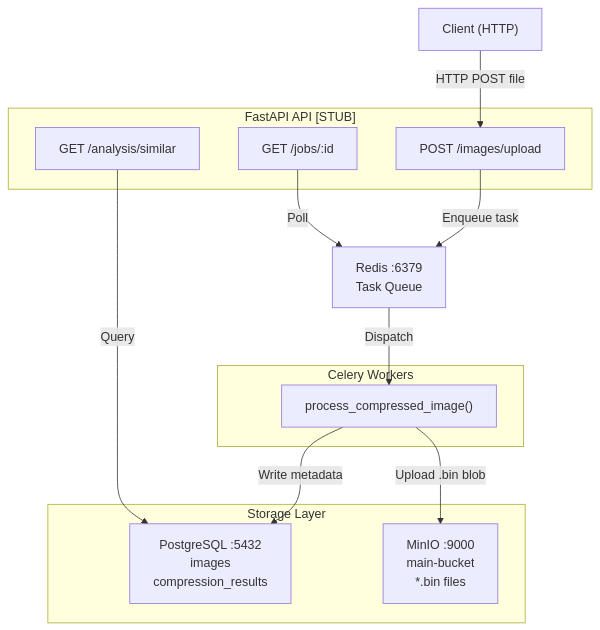
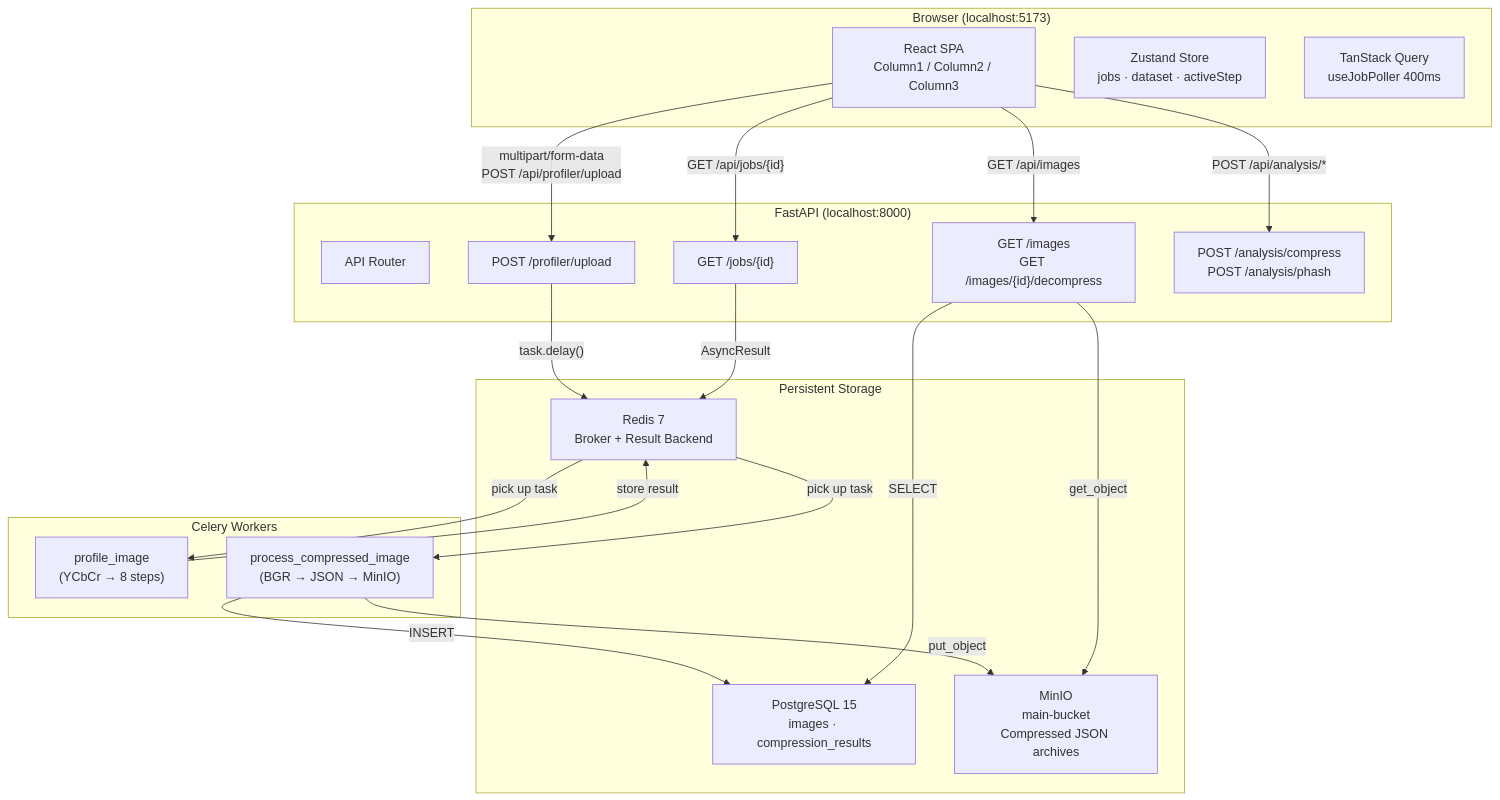
The second of 5 diagrams in README.md (Vikas-ai56/AlgoStore_DAA), drawn with Mermaid before and after one commit. The commit also changed other lines of this file and 3 other files, not shown here.

Commit message:
rewrite README to reflect new image compression profiler architecture and update backend to support multi-step task dispatching with Celery and MinIO storage

````diff
--- a/README.md
+++ b/README.md
@@ -1133,29 +974,44 @@
 ```mermaid
 graph TB
-    Client["Client (HTTP)"]
-
-    subgraph API["FastAPI API  [STUB]"]
-        Upload["POST /images/upload"]
-        JobStatus["GET /jobs/:id"]
-        Similar["GET /analysis/similar"]
+    subgraph Browser ["Browser (localhost:5173)"]
+        UI["React SPA\nColumn1 / Column2 / Column3"]
+        Zustand["Zustand Store\njobs · dataset · activeStep"]
+        TanStack["TanStack Query\nuseJobPoller 400ms"]
     end
 
-    subgraph Workers["Celery Workers"]
-        Task["process_compressed_image()"]
+    subgraph API ["FastAPI (localhost:8000)"]
+        Router["API Router"]
+        UploadRoute["POST /profiler/upload"]
+        JobsRoute["GET /jobs/{id}"]
+        ImagesRoute["GET /images\nGET /images/{id}/decompress"]
+        AnalysisRoute["POST /analysis/compress\nPOST /analysis/phash"]
     end
 
-    subgraph Storage["Storage Layer"]
-        PG["PostgreSQL :5432\nimages\ncompression_results"]
-        Minio["MinIO :9000\nmain-bucket\n*.bin files"]
+    subgraph Workers ["Celery Workers"]
+        ProfileTask["profile_image\n(YCbCr → 8 steps)"]
+        StorageTask["process_compressed_image\n(BGR → JSON → MinIO)"]
     end
 
-    Redis["Redis :6379\nTask Queue"]
+    subgraph Storage ["Persistent Storage"]
+        Redis["Redis 7\nBroker + Result Backend"]
+        Postgres["PostgreSQL 15\nimages · compression_results"]
+        MinIO["MinIO\nmain-bucket\nCompressed JSON archives"]
+    end
 
-    Client -->|HTTP POST file| Upload
-    Upload -->|Enqueue task| Redis
-    Redis -->|Dispatch| Task
-    Task -->|Write metadata| PG
-    Task -->|Upload .bin blob| Minio
-    JobStatus -->|Poll| Redis
-    Similar -->|Query| PG
+    UI -->|"multipart/form-data\nPOST /api/profiler/upload"| UploadRoute
+    UI -->|"GET /api/jobs/{id}"| JobsRoute
+    UI -->|"GET /api/images"| ImagesRoute
+    UI -->|"POST /api/analysis/*"| AnalysisRoute
+
+    UploadRoute -->|"task.delay()"| Redis
+    Redis -->|"pick up task"| ProfileTask
+    Redis -->|"pick up task"| StorageTask
+
+    ProfileTask -->|"store result"| Redis
+    JobsRoute -->|"AsyncResult"| Redis
+
+    StorageTask -->|"put_object"| MinIO
+    StorageTask -->|"INSERT"| Postgres
+    ImagesRoute -->|"SELECT"| Postgres
+    ImagesRoute -->|"get_object"| MinIO
 ```
````
